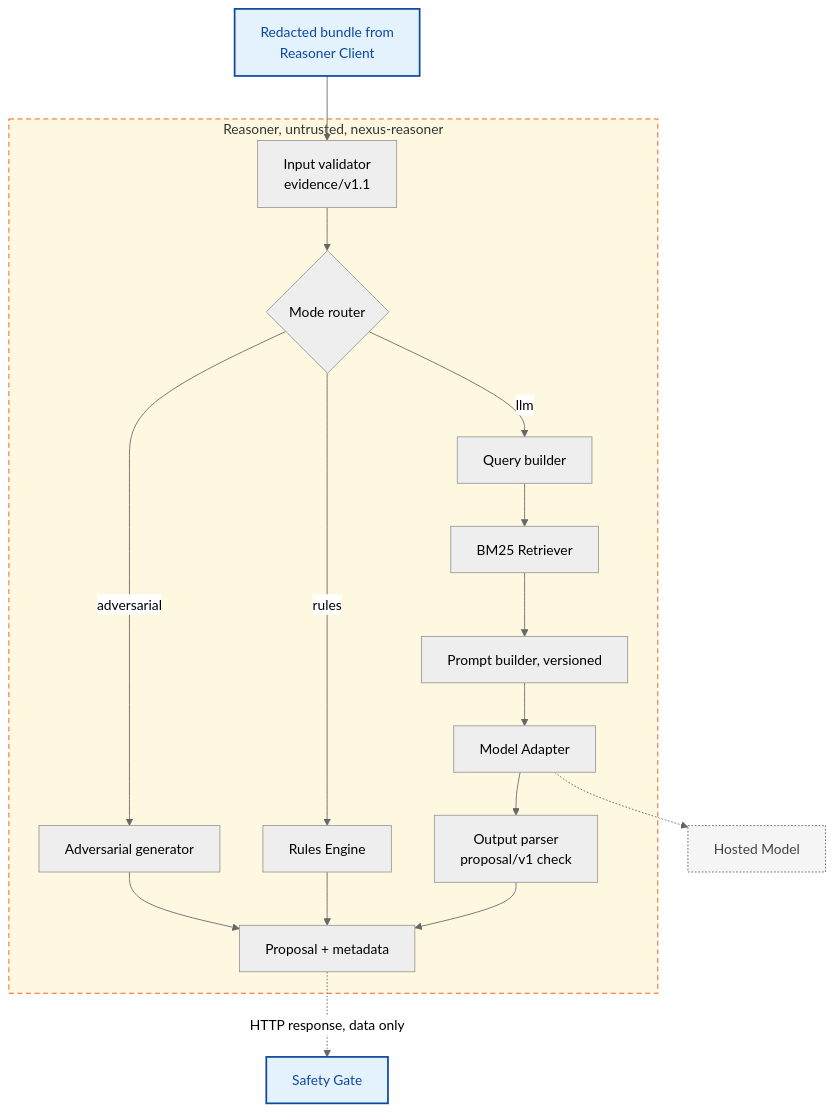
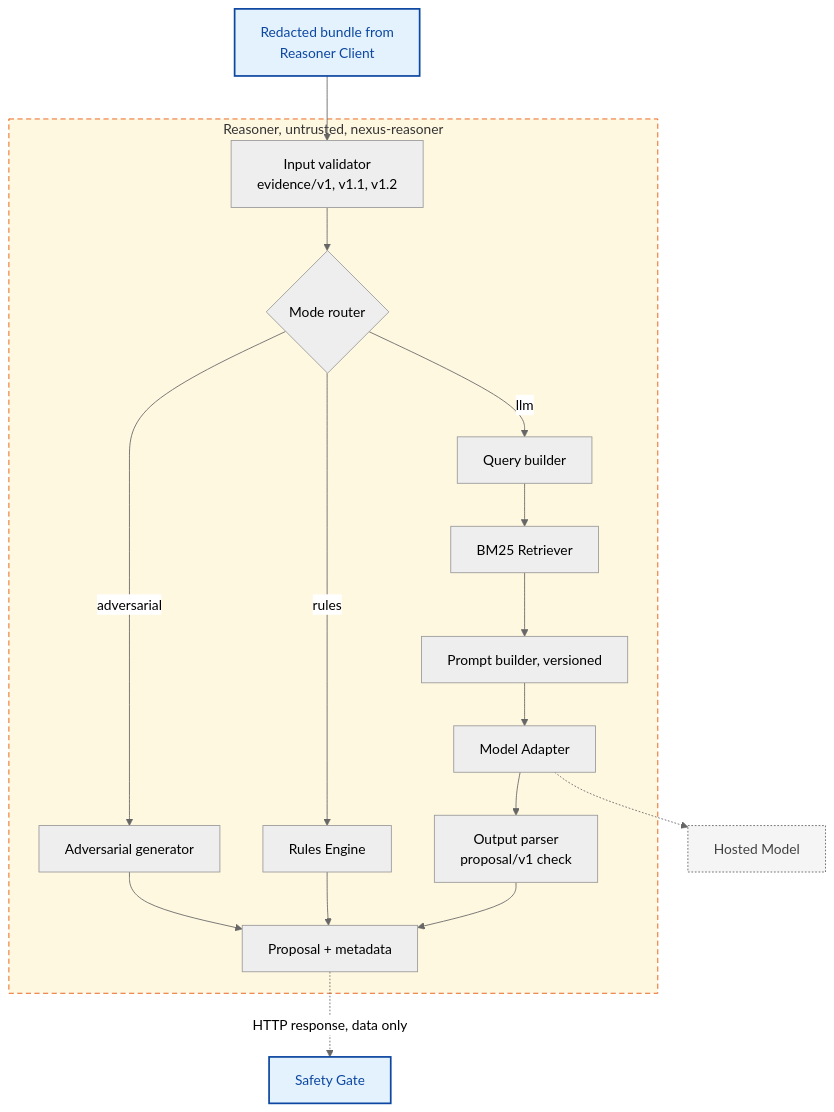
Diagram 14 of 24 in docs/architecture/final-spec.md (koussayx8/nexus-platform), drawn with Mermaid (neutral theme) before and after one commit. The commit also changed other lines of this file and 1 other file, not shown here.

````diff
--- a/docs/architecture/final-spec.md
+++ b/docs/architecture/final-spec.md
@@ -1195,24 +1247,24 @@
 ```mermaid
 flowchart TD
   subgraph RS[Reasoner, untrusted, nexus-reasoner]
-    IV[Input validator<br/>evidence/v1.1]
+    IV[Input validator<br/>evidence/v1, v1.1, v1.2]
     MR{Mode router}
     R0[Adversarial generator]
     R1[Rules Engine]
     QB[Query builder]
     BM[BM25 Retriever]
     PB[Prompt builder, versioned]
     MA[Model Adapter]
     OPS[Output parser<br/>proposal/v1 check]
     OUT[Proposal + metadata]
   end
   IN[Redacted bundle from<br/>Reasoner Client]:::bounded --> IV --> MR
   MR -->|adversarial| R0 --> OUT
   MR -->|rules| R1 --> OUT
   MR -->|llm| QB --> BM --> PB --> MA --> OPS --> OUT
   MA -.-> HM[Hosted Model]:::external
   OUT -.->|HTTP response, data only| CL[Safety Gate]:::bounded
   classDef bounded fill:#E3F2FD,stroke:#0D47A1,stroke-width:2px,color:#0D47A1
   classDef external fill:#F5F5F5,stroke:#616161,stroke-width:1px,stroke-dasharray:2 2,color:#424242
   style RS fill:#FFF8E1,stroke:#E65100,stroke-dasharray:6 4
 ```
````
